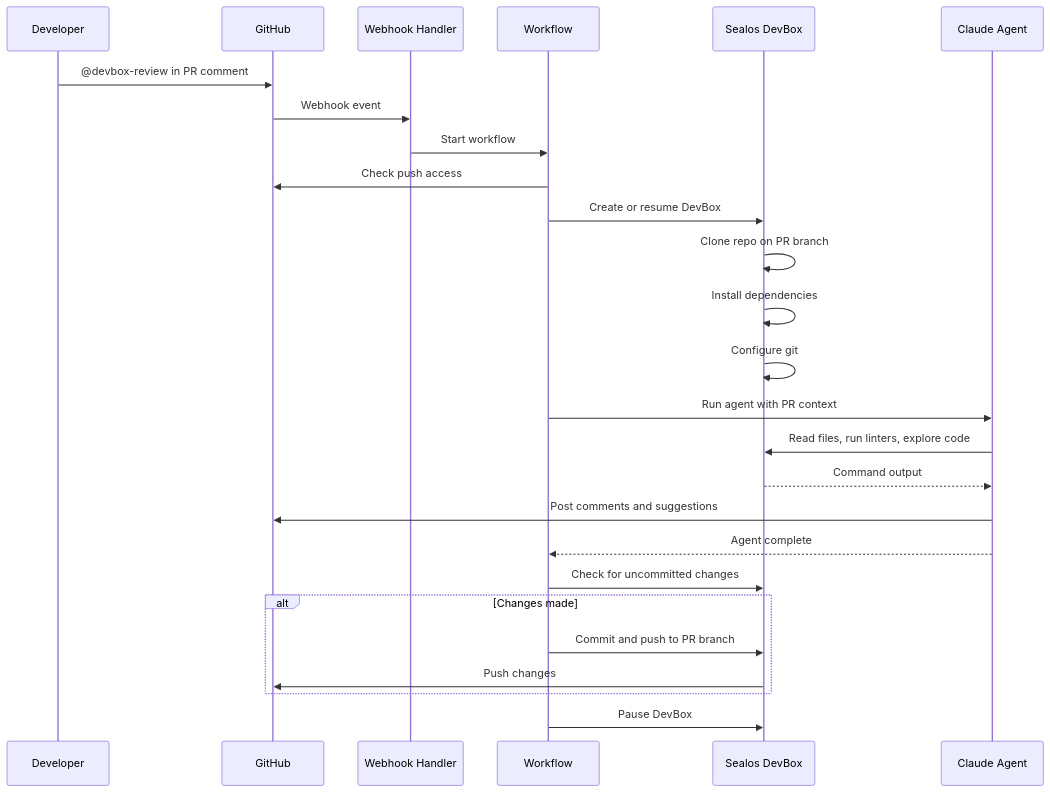
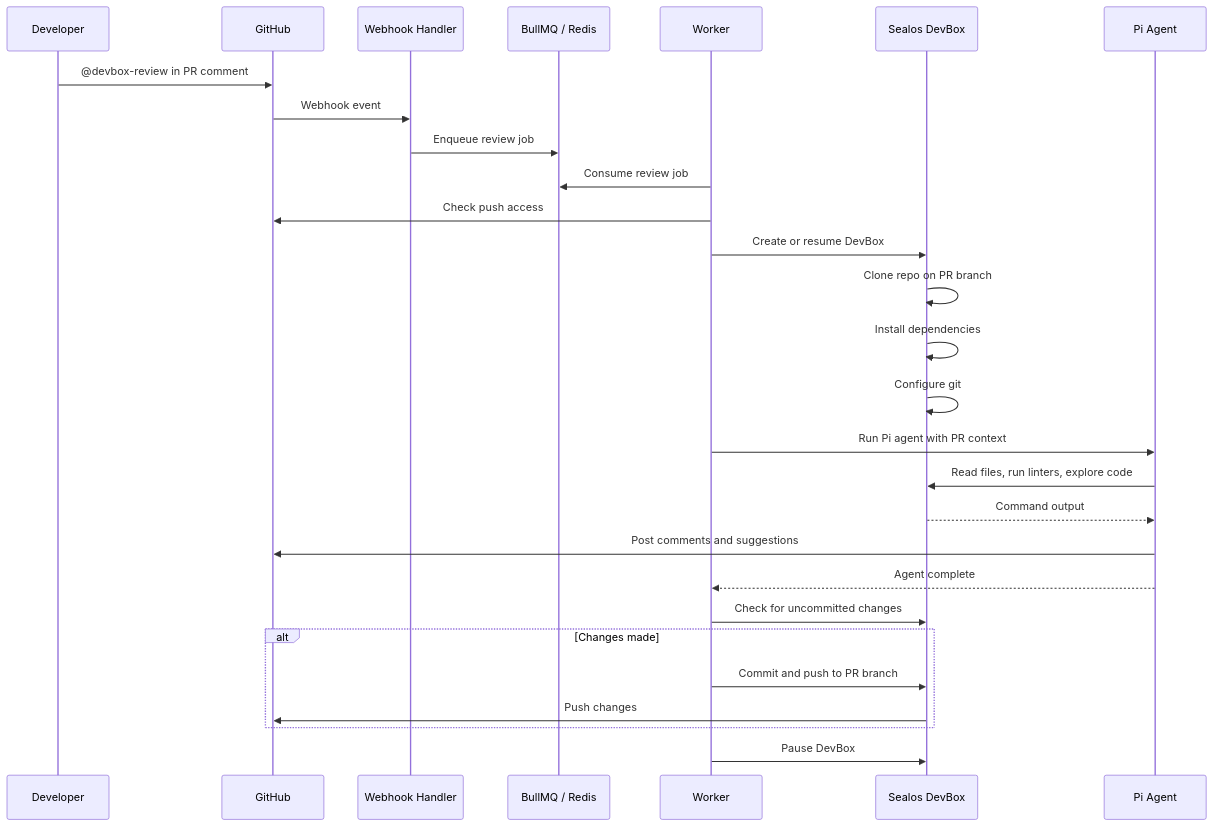
Before and after one commit to zjy365/devbox-review: the diagram in README.md, drawn with Mermaid. The commit also changed other lines of this file and 8 other files, not shown here.

````diff
--- a/README.md
+++ b/README.md
@@ -17,32 +17,34 @@
 ```mermaid
 sequenceDiagram
     participant U as Developer
     participant GH as GitHub
     participant WH as Webhook Handler
-    participant WF as Workflow
+    participant Q as BullMQ / Redis
+    participant W as Worker
     participant DB as Sealos DevBox
-    participant AI as Claude Agent
+    participant AI as Pi Agent
 
     U->>GH: @devbox-review in PR comment
     GH->>WH: Webhook event
-    WH->>WF: Start workflow
+    WH->>Q: Enqueue review job
 
-    WF->>GH: Check push access
-    WF->>DB: Create or resume DevBox
+    W->>Q: Consume review job
+    W->>GH: Check push access
+    W->>DB: Create or resume DevBox
     DB->>DB: Clone repo on PR branch
     DB->>DB: Install dependencies
     DB->>DB: Configure git
 
-    WF->>AI: Run agent with PR context
+    W->>AI: Run Pi agent with PR context
     AI->>DB: Read files, run linters, explore code
     DB-->>AI: Command output
     AI->>GH: Post comments and suggestions
-    AI-->>WF: Agent complete
+    AI-->>W: Agent complete
 
-    WF->>DB: Check for uncommitted changes
+    W->>DB: Check for uncommitted changes
     alt Changes made
-        WF->>DB: Commit and push to PR branch
+        W->>DB: Commit and push to PR branch
         DB->>GH: Push changes
     end
-    WF->>DB: Pause DevBox
+    W->>DB: Pause DevBox
 ```
````
